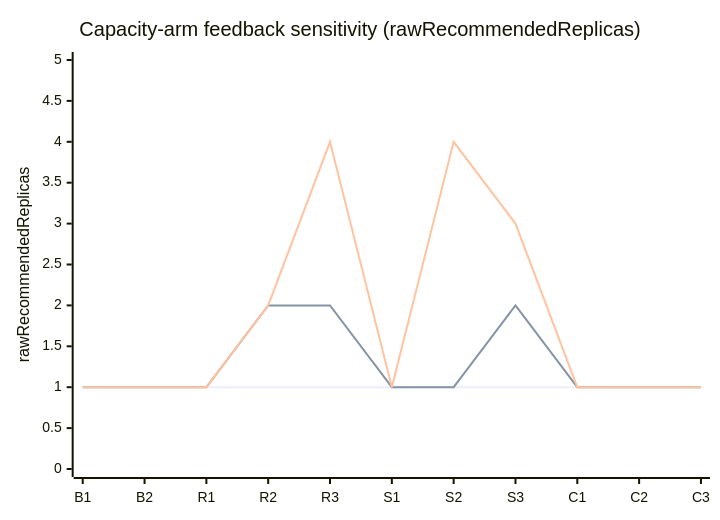
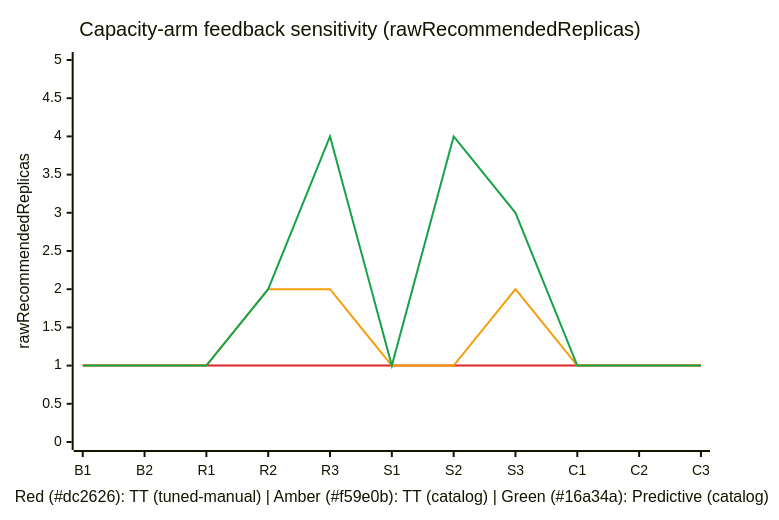
The sixth of 9 diagrams in docs/modules/model-deployment/scaling-benchmark.md (gpustack/gpustack-operator), drawn with Mermaid before and after one commit. The commit also changed other lines of this file, not shown here.

Commit message:
docs(scaling): add explicit plotColorPalette and color legends to xychart-beta diagrams

````diff
--- a/docs/modules/model-deployment/scaling-benchmark.md
+++ b/docs/modules/model-deployment/scaling-benchmark.md
@@ -339,9 +344,10 @@
 ```mermaid
+%%{init: {"themeVariables": {"xyChart": {"plotColorPalette": "#dc2626, #f59e0b, #16a34a"}}}}%%
 xychart-beta
     title "Capacity-arm feedback sensitivity (rawRecommendedReplicas)"
-    x-axis ["B1", "B2", "R1", "R2", "R3", "S1", "S2", "S3", "C1", "C2", "C3"]
+    x-axis "Red (#dc2626): TT (tuned-manual) | Amber (#f59e0b): TT (catalog) | Green (#16a34a): Predictive (catalog)" ["B1", "B2", "R1", "R2", "R3", "S1", "S2", "S3", "C1", "C2", "C3"]
     y-axis "rawRecommendedReplicas" 0 --> 5
-    line [1, 1, 1, 1, 1, 1, 1, 1, 1, 1, 1]
-    line [1, 1, 1, 2, 2, 1, 1, 2, 1, 1, 1]
-    line [1, 1, 1, 2, 4, 1, 4, 3, 1, 1, 1]
+    line "TT (tuned-manual)" [1, 1, 1, 1, 1, 1, 1, 1, 1, 1, 1]
+    line "TT (catalog)" [1, 1, 1, 2, 2, 1, 1, 2, 1, 1, 1]
+    line "Predictive (catalog)" [1, 1, 1, 2, 4, 1, 4, 3, 1, 1, 1]
 ```
````
